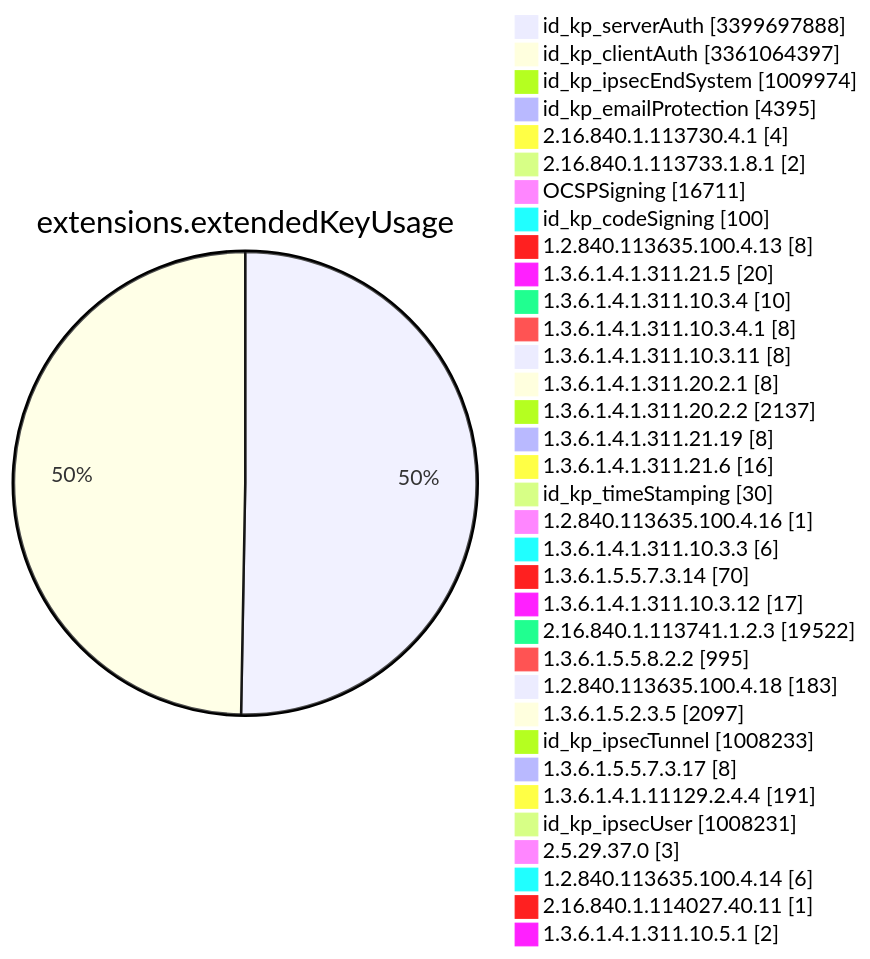
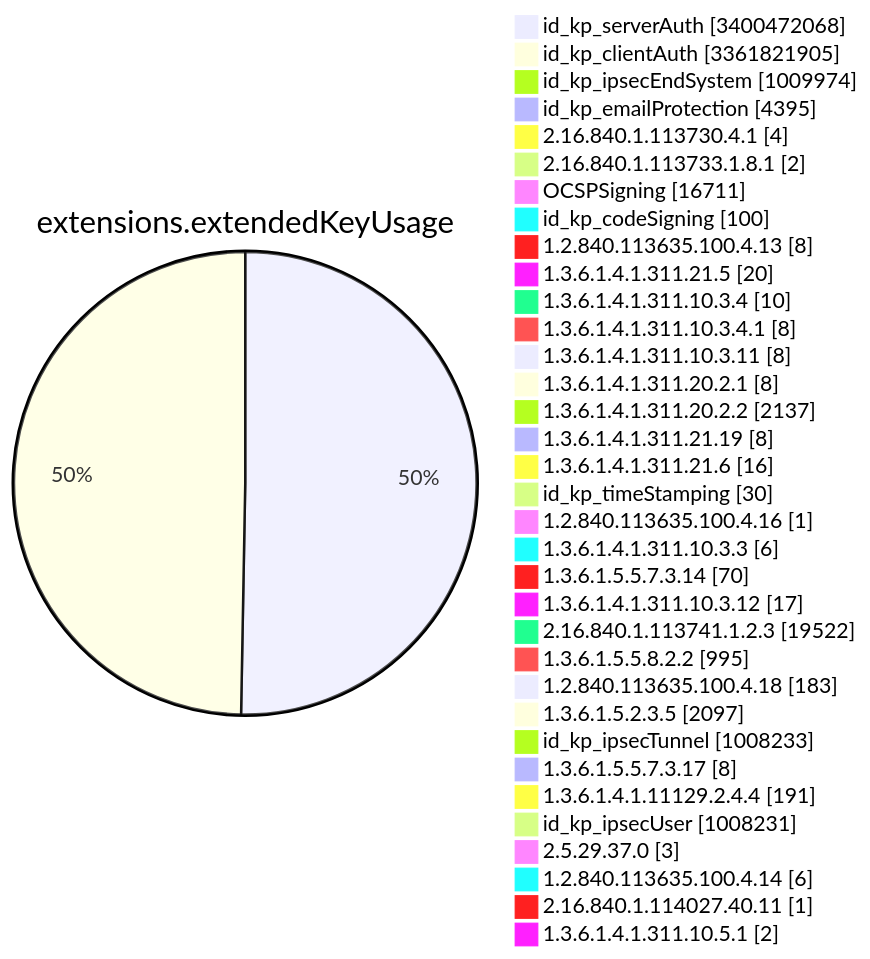
Diagram 11 of 15 in TOTAL/README.md (christiankrug/ctmonitor_visualization), drawn with Mermaid before and after one commit. The commit also changed other lines of this file, not shown here.

````diff
--- a/TOTAL/README.md
+++ b/TOTAL/README.md
@@ -4121,38 +4121,38 @@
 ```mermaid
 pie showData
 title extensions.extendedKeyUsage
-"id_kp_serverAuth" :3399697888
-"id_kp_clientAuth" :3361064397
+"id_kp_serverAuth" :3400472068
+"id_kp_clientAuth" :3361821905
 "id_kp_ipsecEndSystem" :1009974
 "id_kp_emailProtection" :4395
 "2.16.840.1.113730.4.1" :4
 "2.16.840.1.113733.1.8.1" :2
 "OCSPSigning" :16711
 "id_kp_codeSigning" :100
 "1.2.840.113635.100.4.13" :8
 "1.3.6.1.4.1.311.21.5" :20
 "1.3.6.1.4.1.311.10.3.4" :10
 "1.3.6.1.4.1.311.10.3.4.1" :8
 "1.3.6.1.4.1.311.10.3.11" :8
 "1.3.6.1.4.1.311.20.2.1" :8
 "1.3.6.1.4.1.311.20.2.2" :2137
 "1.3.6.1.4.1.311.21.19" :8
 "1.3.6.1.4.1.311.21.6" :16
 "id_kp_timeStamping" :30
 "1.2.840.113635.100.4.16" :1
 "1.3.6.1.4.1.311.10.3.3" :6
 "1.3.6.1.5.5.7.3.14" :70
 "1.3.6.1.4.1.311.10.3.12" :17
 "2.16.840.1.113741.1.2.3" :19522
 "1.3.6.1.5.5.8.2.2" :995
 "1.2.840.113635.100.4.18" :183
 "1.3.6.1.5.2.3.5" :2097
 "id_kp_ipsecTunnel" :1008233
 "1.3.6.1.5.5.7.3.17" :8
 "1.3.6.1.4.1.11129.2.4.4" :191
 "id_kp_ipsecUser" :1008231
 "2.5.29.37.0" :3
 "1.2.840.113635.100.4.14" :6
 "2.16.840.1.114027.40.11" :1
 "1.3.6.1.4.1.311.10.5.1" :2
 ```
````
